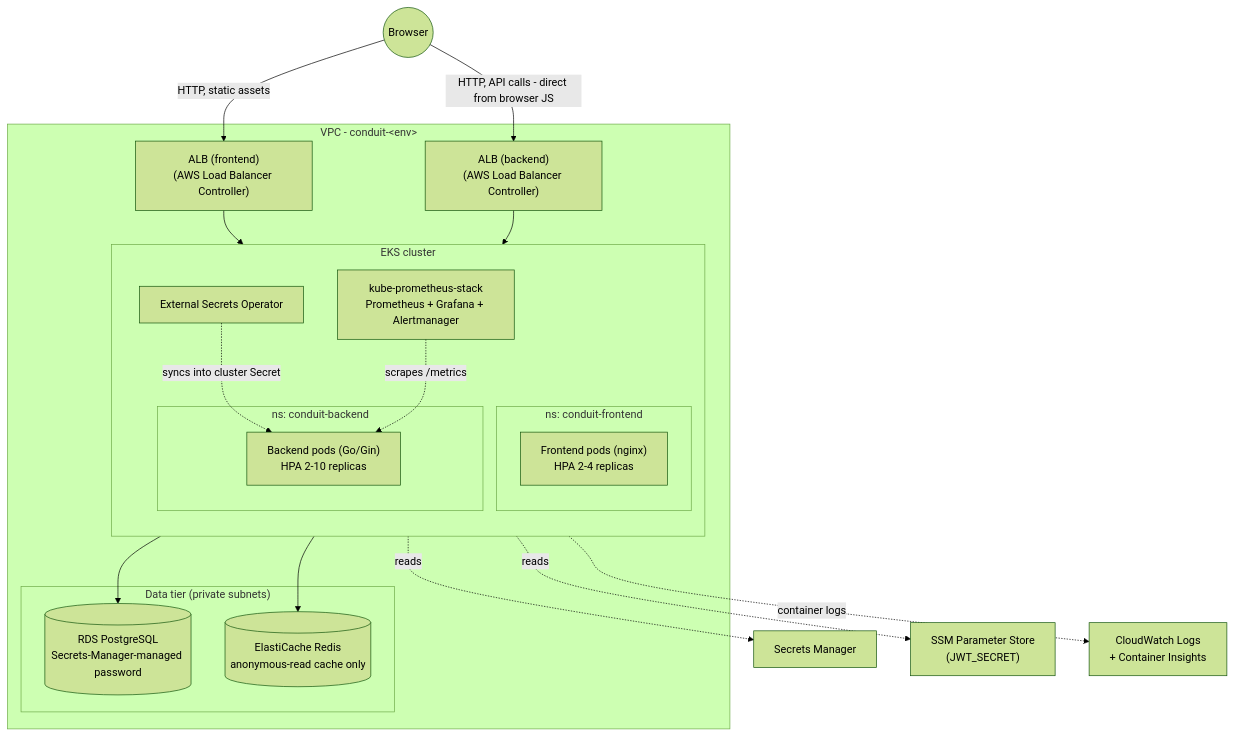
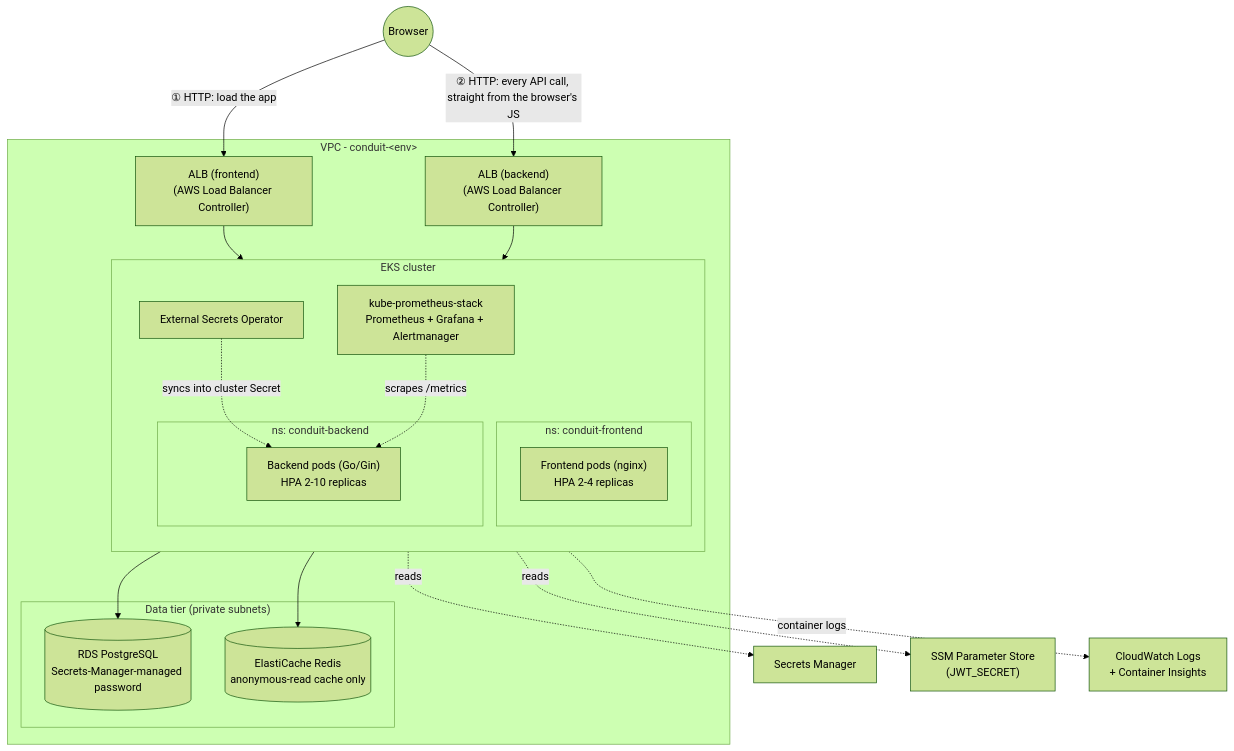
The first of 3 diagrams in docs/architecture.md (mashiofu/conduit-platform), drawn with Mermaid (forest theme) before and after one commit. The commit also changed other lines of this file, not shown here.

First line of the commit message:
docs: add a sequence diagram for how frontend and backend actually connect

````diff
--- a/docs/architecture.md
+++ b/docs/architecture.md
@@ -5,40 +5,40 @@
 ```mermaid
 flowchart TB
     User(("Browser"))
 
     subgraph vpc["VPC - conduit-&lt;env&gt;"]
         ALBf["ALB (frontend)<br/>(AWS Load Balancer Controller)"]
         ALBb["ALB (backend)<br/>(AWS Load Balancer Controller)"]
 
         subgraph eks["EKS cluster"]
             direction TB
             subgraph nsFrontend["ns: conduit-frontend"]
                 Frontend["Frontend pods (nginx)<br/>HPA 2-4 replicas"]
             end
             subgraph nsBackend["ns: conduit-backend"]
                 Backend["Backend pods (Go/Gin)<br/>HPA 2-10 replicas"]
             end
             Prom["kube-prometheus-stack<br/>Prometheus + Grafana + Alertmanager"]
             ESO["External Secrets Operator"]
         end
 
         subgraph data["Data tier (private subnets)"]
             RDS[("RDS PostgreSQL<br/>Secrets-Manager-managed password")]
             Redis[("ElastiCache Redis<br/>anonymous-read cache only")]
         end
     end
 
     SM["Secrets Manager"]
     SSM["SSM Parameter Store<br/>(JWT_SECRET)"]
     CW["CloudWatch Logs<br/>+ Container Insights"]
 
-    User -->|HTTP, static assets| ALBf --> Frontend
-    User -->|HTTP, API calls - direct from browser JS| ALBb --> Backend
+    User -->|"① HTTP: load the app"| ALBf --> Frontend
+    User -->|"② HTTP: every API call, straight from the browser's JS"| ALBb --> Backend
     Backend --> RDS
     Backend --> Redis
     ESO -.reads.-> SM
     ESO -.reads.-> SSM
     ESO -.syncs into cluster Secret.-> Backend
     Prom -.scrapes /metrics.-> Backend
     eks -.container logs.-> CW
 ```
````
